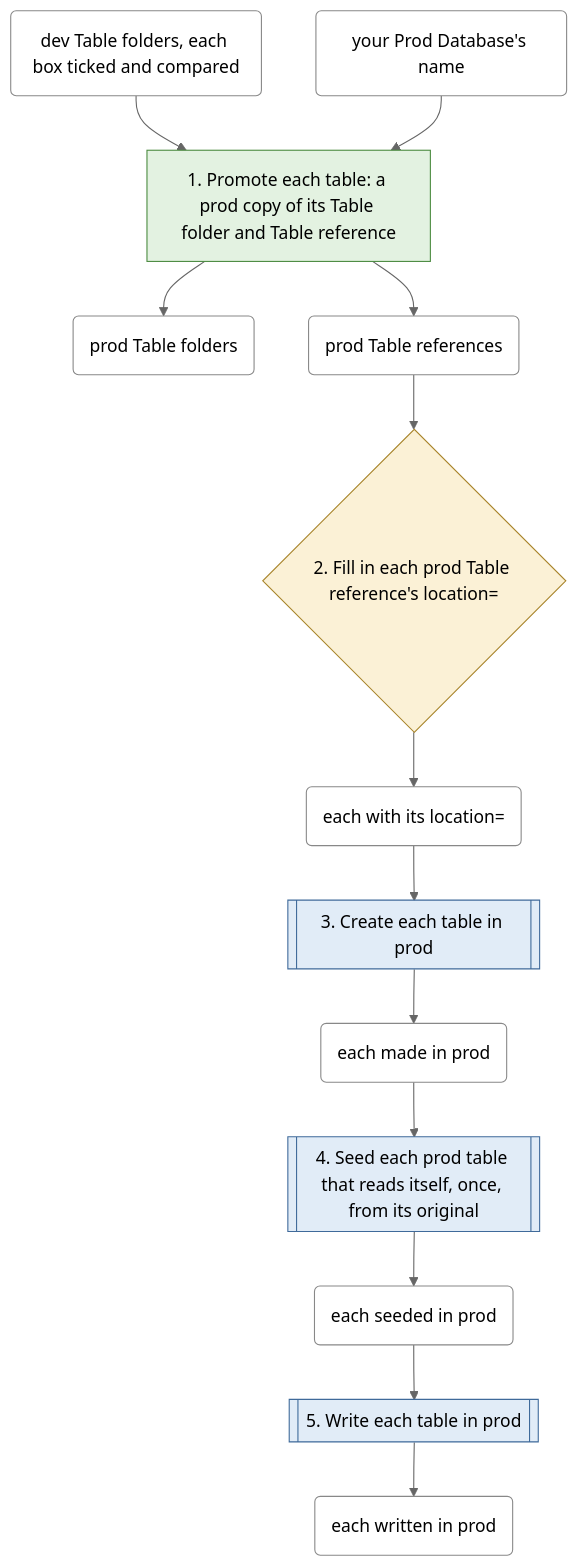
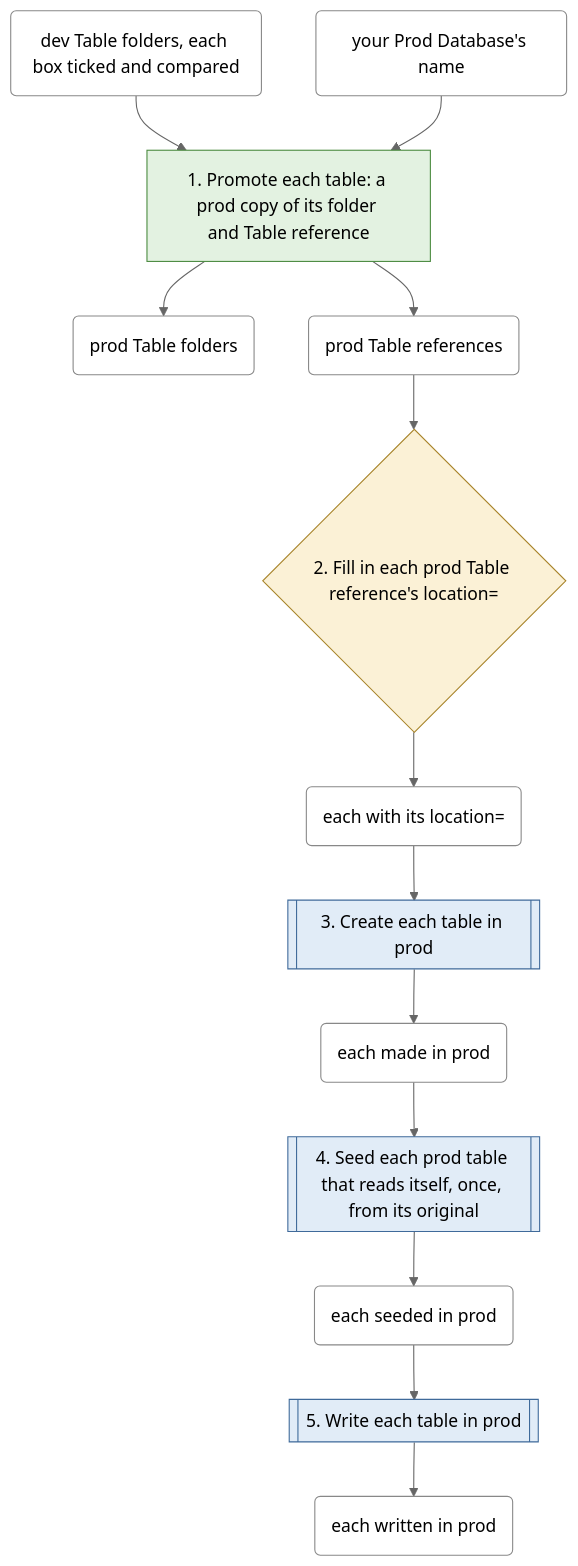
The third of 8 diagrams in docs/clean-branch-readme.md (EdgyPage/SQL-Composer), drawn with Mermaid (neutral theme) before and after one commit. The commit also changed other lines of this file and 48 other files, not shown here.

First line of the commit message:
feat(8.0): ticket 19 finished: scripts each a query alone, charts a beginner reads, scores, D360 D361

````diff
--- a/docs/clean-branch-readme.md
+++ b/docs/clean-branch-readme.md
@@ -467,46 +476,32 @@
 ```mermaid
 flowchart TD
-    s0["1. Promote each table: a prod copy of its Table folder and Table reference"]
-    class s0 file
+    s0["1. Promote each table: a prod copy of its folder and Table reference"]:::files_only
+    s1{"2. Fill in each prod Table reference's location="}:::your_decision
+    s2[["3. Create each table in prod"]]:::warehouse_call
+    s3[["4. Seed each prod table that reads itself, once, from its original"]]:::warehouse_call
+    s4[["5. Write each table in prod"]]:::warehouse_call
+    t0("dev Table folders, each box ticked and compared"):::thing
+    t1("your Prod Database's name"):::thing
+    t2("prod Table folders"):::thing
+    t3("prod Table references"):::thing
+    t4("each with its location="):::thing
+    t5("each made in prod"):::thing
+    t6("each seeded in prod"):::thing
+    t7("each written in prod"):::thing
     t0 --> s0
     t1 --> s0
     s0 --> t2
     s0 --> t3
-    s1{"2. Fill in each prod Table reference's location="}
-    class s1 decision
     t3 --> s1
     s1 --> t4
-    s2[["3. Create each table in prod"]]
-    class s2 permission
     t4 --> s2
     s2 --> t5
-    s3[["4. Seed each prod table that reads itself, once, from its original"]]
-    class s3 permission
     t5 --> s3
     s3 --> t6
-    s4[["5. Write each table in prod"]]
-    class s4 permission
     t6 --> s4
     s4 --> t7
-    t0("dev Table folders, each box ticked and compared")
-    class t0 thing
-    t1("your Prod Database's name")
-    class t1 thing
-    t2("prod Table folders")
-    class t2 thing
-    t3("prod Table references")
-    class t3 thing
-    t4("each with its location=")
-    class t4 thing
-    t5("each made in prod")
-    class t5 thing
-    t6("each seeded in prod")
-    class t6 thing
-    t7("each written in prod")
-    class t7 thing
-    classDef file fill:#e3f2e1,stroke:#4a8a3f
-    classDef permission fill:#e1ecf7,stroke:#3f6a9a
-    classDef decision fill:#fbf1d6,stroke:#a8842a
-    classDef fiddling fill:#f8d7d5,stroke:#b03a30
+    classDef files_only fill:#e3f2e1,stroke:#4a8a3f
+    classDef warehouse_call fill:#e1ecf7,stroke:#3f6a9a
+    classDef your_decision fill:#fbf1d6,stroke:#a8842a
     classDef thing fill:#ffffff,stroke:#888888
 ```
````
